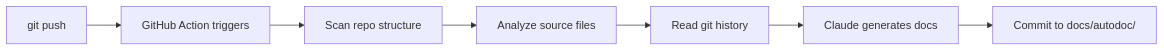
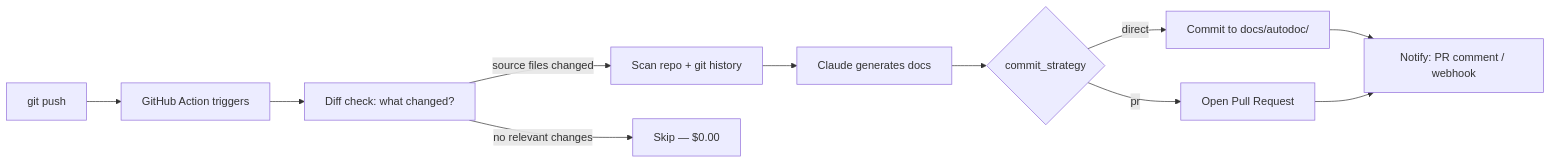
Before and after one commit to Kiara-01-Lab/vibe-doc: the diagram in README.md, drawn with Mermaid. The commit also changed other lines of this file and 5 other files, not shown here.

Commit message:
Add diff mode, CHANGELOG, PR comments, webhook, GitLab CI, fix repo structure

````diff
--- a/README.md
+++ b/README.md
@@ -99,9 +118,13 @@
 ```mermaid
 graph LR
     A[git push] --> B[GitHub Action triggers]
-    B --> C[Scan repo structure]
-    C --> D[Analyze source files]
-    D --> E[Read git history]
-    E --> F[Claude generates docs]
-    F --> G[Commit to docs/autodoc/]
+    B --> C[Diff check: what changed?]
+    C -->|source files changed| D[Scan repo + git history]
+    C -->|no relevant changes| S[Skip — $0.00]
+    D --> E[Claude generates docs]
+    E --> F{commit_strategy}
+    F -->|direct| G[Commit to docs/autodoc/]
+    F -->|pr| H[Open Pull Request]
+    G --> I[Notify: PR comment / webhook]
+    H --> I
 ```
````
